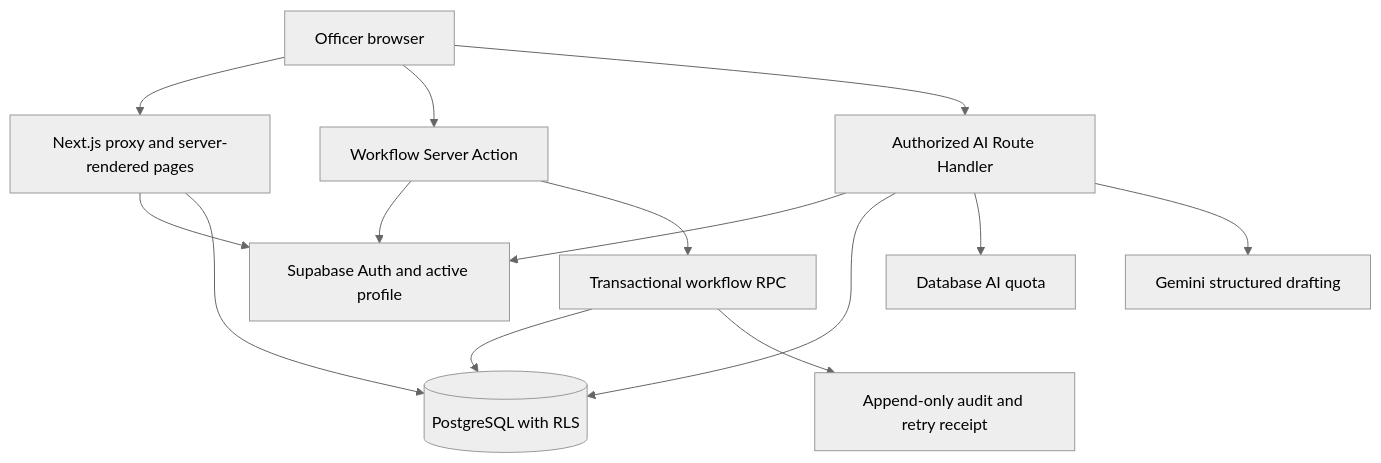
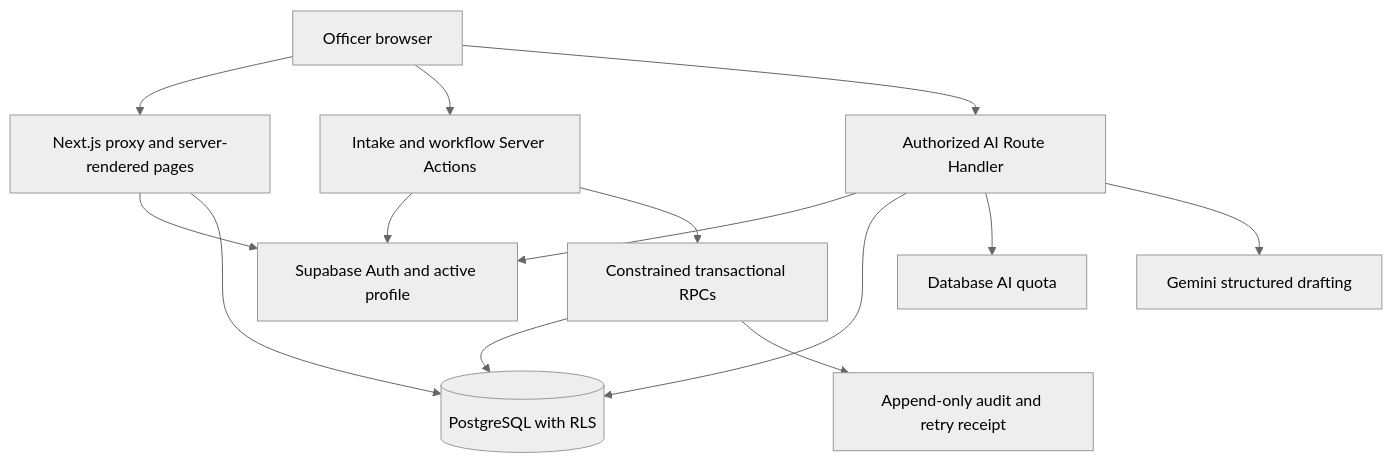
One commit to Anamika-Singh1/SevaSathi changed the second of 2 diagrams in README.md. Above: the diagram before and after it, drawn with Mermaid (neutral theme). The commit also changed other lines of this file and 112 other files, not shown here.

````diff
--- a/README.md
+++ b/README.md
@@ -108,16 +130,16 @@
 ```mermaid
 flowchart TD
   B[Officer browser] --> P[Next.js proxy and server-rendered pages]
-  B --> W[Workflow Server Action]
+  B --> W[Intake and workflow Server Actions]
   B --> AI[Authorized AI Route Handler]
   P --> AUTH[Supabase Auth and active profile]
   W --> AUTH
   AI --> AUTH
   P --> DB[(PostgreSQL with RLS)]
-  W --> RPC[Transactional workflow RPC]
+  W --> RPC[Constrained transactional RPCs]
   RPC --> DB
   RPC --> AUDIT[Append-only audit and retry receipt]
   AI --> DB
   AI --> Q[Database AI quota]
   AI --> G[Gemini structured drafting]
 ```
````
